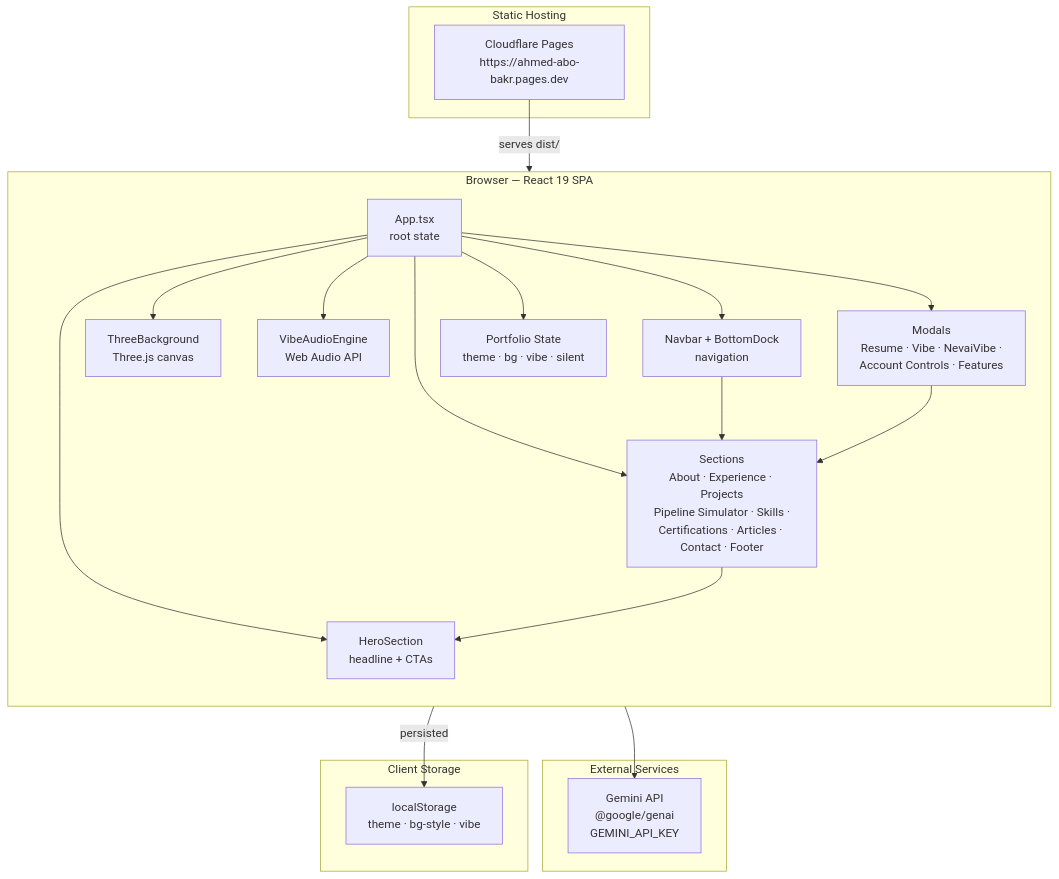
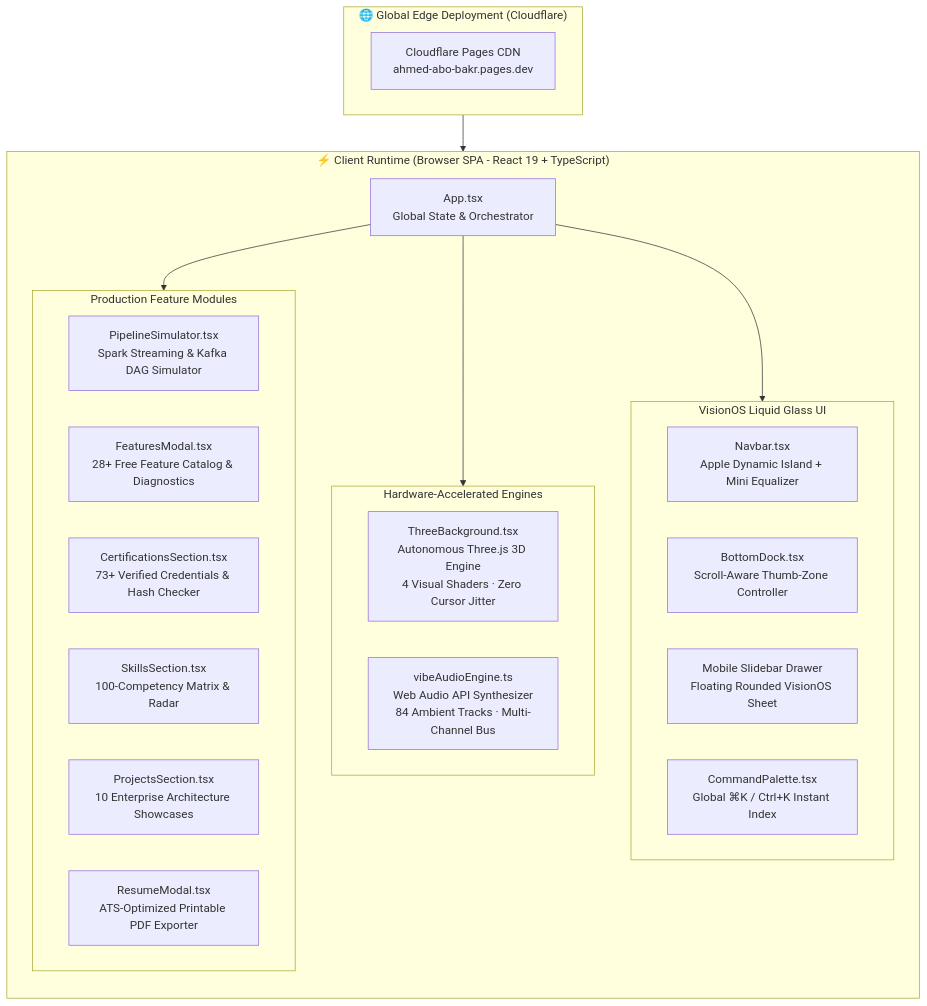
Before and after one commit to Ahmedbakr78/Portfolio: the first of 3 diagrams in README.md, drawn with Mermaid. The commit also changed other lines of this file and 13 other files, not shown here.

First line of the commit message:
feat(v2.0): solidify window opacity, floating rounded slidebar, mobile dynamic island audio, and 28+ unlimited features suite

````diff
--- a/README.md
+++ b/README.md
@@ -85,40 +46,37 @@
 ```mermaid
 graph TB
-    subgraph HOSTING["Static Hosting"]
-        CF["Cloudflare Pages<br/>https://ahmed-abo-bakr.pages.dev"]
+    subgraph EDGE["🌐 Global Edge Deployment (Cloudflare)"]
+        CF["Cloudflare Pages CDN<br/>ahmed-abo-bakr.pages.dev"]
     end
 
-    subgraph BROWSER["Browser — React 19 SPA"]
+    subgraph CLIENT["⚡ Client Runtime (Browser SPA - React 19 + TypeScript)"]
         direction TB
-        APP["App.tsx<br/>root state"]
-        NAV["Navbar + BottomDock<br/>navigation"]
-        HERO["HeroSection<br/>headline + CTAs"]
-        THREE["ThreeBackground<br/>Three.js canvas"]
-        AUDIO["VibeAudioEngine<br/>Web Audio API"]
-        SECTIONS["Sections<br/>About · Experience · Projects<br/>Pipeline Simulator · Skills ·<br/>Certifications · Articles · Contact · Footer"]
-        MODALS["Modals<br/>Resume · Vibe · NevaiVibe ·<br/>Account Controls · Features"]
-        STATE["Portfolio State<br/>theme · bg · vibe · silent"]
+        APP["App.tsx<br/>Global State & Orchestrator"]
+
+        subgraph ENGINE_LAYER["Hardware-Accelerated Engines"]
+            THREE["ThreeBackground.tsx<br/>Autonomous Three.js 3D Engine<br/>4 Visual Shaders · Zero Cursor Jitter"]
+            AUDIO["vibeAudioEngine.ts<br/>Web Audio API Synthesizer<br/>84 Ambient Tracks · Multi-Channel Bus"]
+        end
+
+        subgraph UX_LAYER["VisionOS Liquid Glass UI"]
+            NAV["Navbar.tsx<br/>Apple Dynamic Island + Mini Equalizer"]
+            DOCK["BottomDock.tsx<br/>Scroll-Aware Thumb-Zone Controller"]
+            DRAWER["Mobile Slidebar Drawer<br/>Floating Rounded VisionOS Sheet"]
+            PALETTE["CommandPalette.tsx<br/>Global ⌘K / Ctrl+K Instant Index"]
+        end
+
+        subgraph MODULES["Production Feature Modules"]
+            SIM["PipelineSimulator.tsx<br/>Spark Streaming & Kafka DAG Simulator"]
+            FEAT["FeaturesModal.tsx<br/>28+ Free Feature Catalog & Diagnostics"]
+            CERTS["CertificationsSection.tsx<br/>73+ Verified Credentials & Hash Checker"]
+            SKILLS["SkillsSection.tsx<br/>100-Competency Matrix & Radar"]
+            PROJECTS["ProjectsSection.tsx<br/>10 Enterprise Architecture Showcases"]
+            RESUME["ResumeModal.tsx<br/>ATS-Optimized Printable PDF Exporter"]
+        end
     end
 
-    subgraph SERVICES["External Services"]
-        GEM["Gemini API<br/>@google/genai<br/>GEMINI_API_KEY"]
-    end
-
-    subgraph STORAGE["Client Storage"]
-        LS["localStorage<br/>theme · bg-style · vibe"]
-    end
-
-    CF -->|"serves dist/"| APP
-    APP --> NAV
-    APP --> HERO
-    APP --> THREE
-    APP --> AUDIO
-    APP --> SECTIONS
-    APP --> MODALS
-    APP --> STATE
-    NAV --> SECTIONS
-    MODALS --> SECTIONS
-    SECTIONS --> HERO
-    APP --> GEM
-    STATE -->|"persisted"| LS
+    EDGE --> APP
+    APP --> ENGINE_LAYER
+    APP --> UX_LAYER
+    APP --> MODULES
 ```
````
